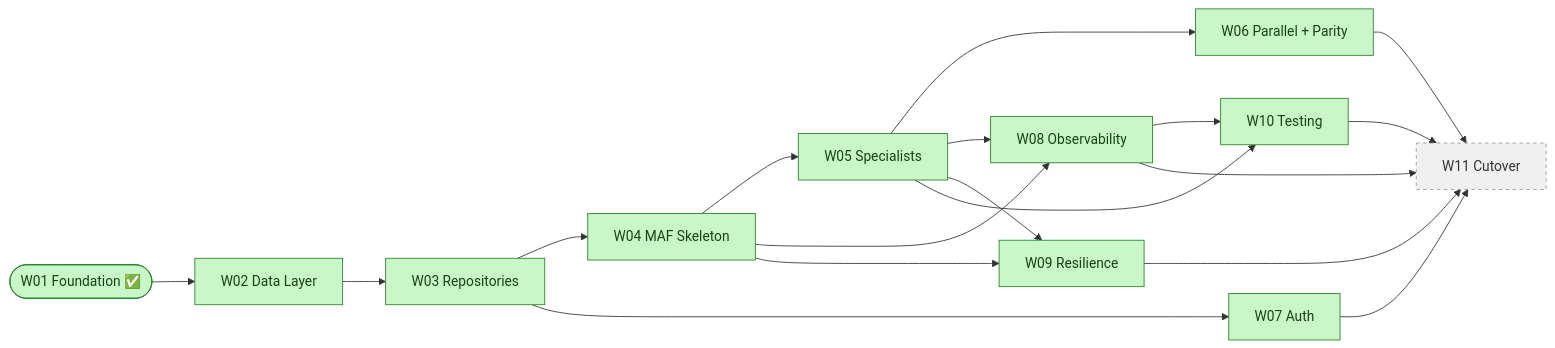
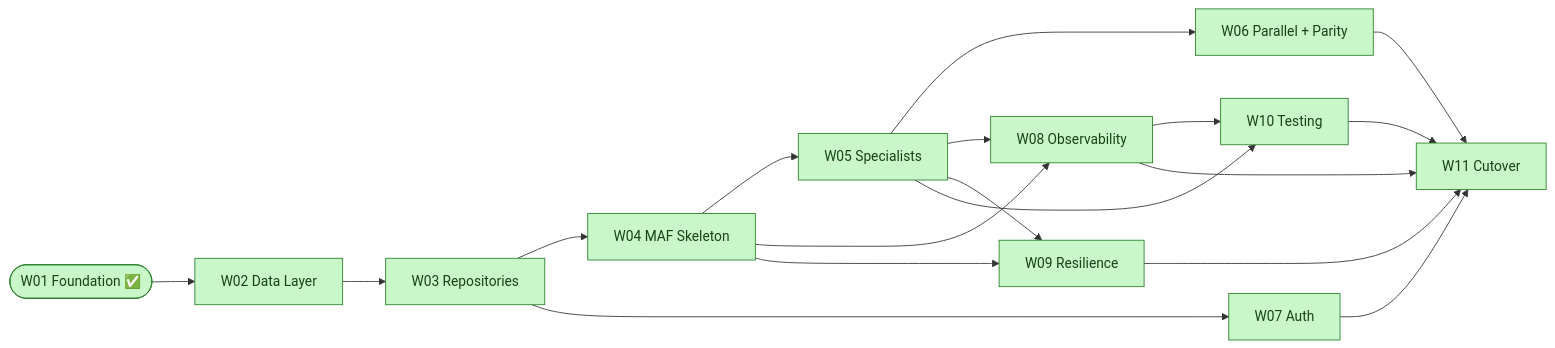
The diagram in docs/workstreams/workstream-log.md (nandyap/EPG-MAF), drawn with Mermaid before and after one commit. The commit also changed other lines of this file and 35 other files, not shown here.

````diff
--- a/docs/workstreams/workstream-log.md
+++ b/docs/workstreams/workstream-log.md
@@ -57,30 +57,30 @@
 ```mermaid
 flowchart LR
     W01([W01 Foundation ✅]) --> W02[W02 Data Layer]
     W02 --> W03[W03 Repositories]
     W03 --> W04[W04 MAF Skeleton]
     W04 --> W05[W05 Specialists]
     W05 --> W06[W06 Parallel + Parity]
     W03 --> W07[W07 Auth]
     W04 --> W08[W08 Observability]
     W05 --> W08
     W04 --> W09[W09 Resilience]
     W05 --> W09
     W05 --> W10[W10 Testing]
     W08 --> W10
     W06 & W07 & W08 & W09 & W10 --> W11[W11 Cutover]
 
     classDef done fill:#c9f7c9,stroke:#2a7f2a,color:#154315
     classDef pending fill:#f0f0f0,stroke:#999,stroke-dasharray:4 4
     class W01 done
     class W02 done
     class W03 done
     class W04 done
     class W05 done
     class W06 done
     class W07 done
     class W08 done
     class W09 done
     class W10 done
-    class W11 pending
+    class W11 done
 ```
````
